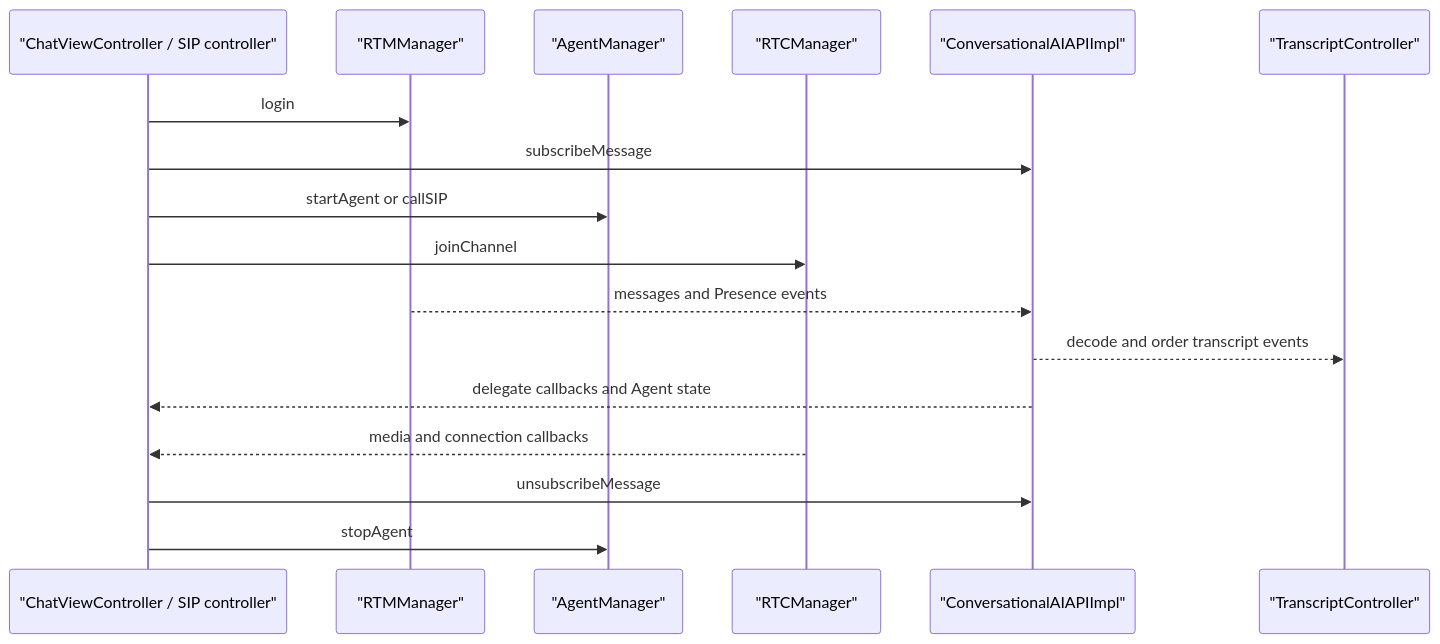
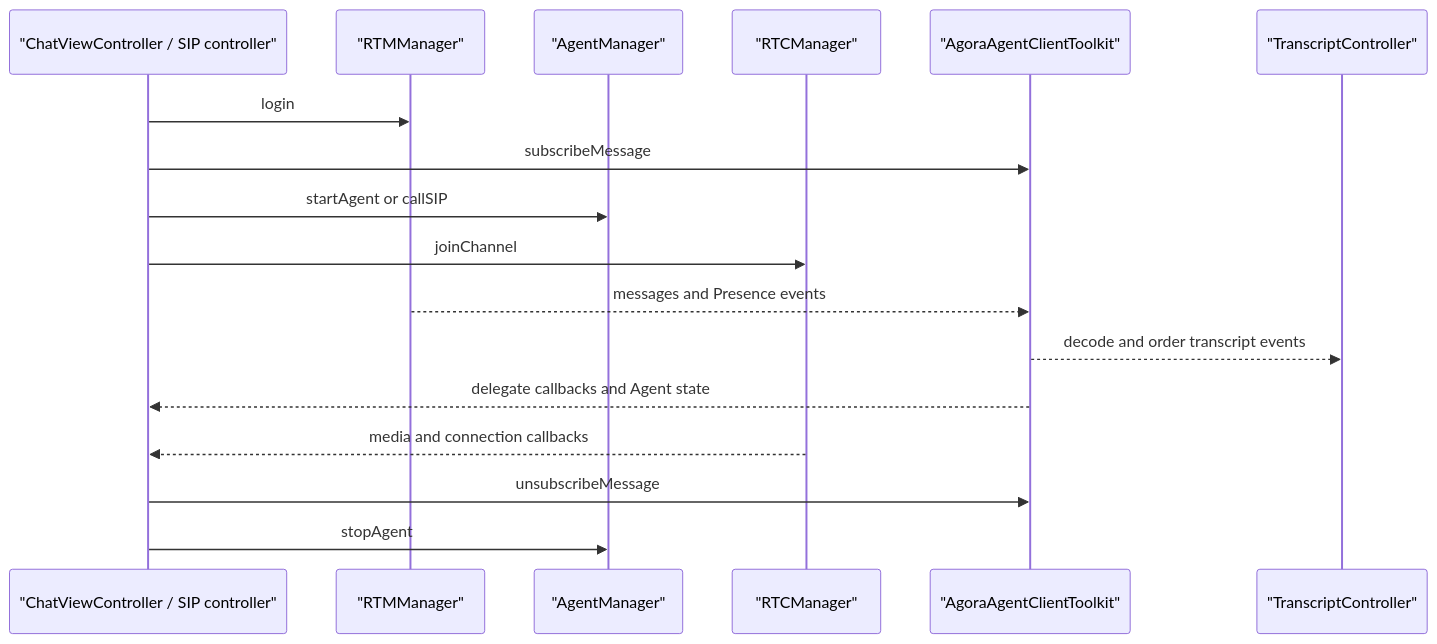
One commit to Shengwang-Community/Conversational-AI-Demo changed the fourth of 6 diagrams in iOS/ARCHITECTURE.md. Above: the diagram before and after it, drawn with Mermaid. The commit also changed other lines of this file and 32 other files, not shown here.

First line of the commit message:
refactor(ios): adopt agent client toolkit

````diff
--- a/iOS/ARCHITECTURE.md
+++ b/iOS/ARCHITECTURE.md
@@ -104,20 +108,20 @@
 ```mermaid
 sequenceDiagram
   participant UI as "ChatViewController / SIP controller"
   participant RTM as "RTMManager"
   participant REST as "AgentManager"
   participant RTC as "RTCManager"
-  participant API as "ConversationalAIAPIImpl"
+  participant API as "AgoraAgentClientToolkit"
   participant Transcript as "TranscriptController"
 
   UI->>RTM: login
   UI->>API: subscribeMessage
   UI->>REST: startAgent or callSIP
   UI->>RTC: joinChannel
   RTM-->>API: messages and Presence events
   API-->>Transcript: decode and order transcript events
   API-->>UI: delegate callbacks and Agent state
   RTC-->>UI: media and connection callbacks
   UI->>API: unsubscribeMessage
   UI->>REST: stopAgent
 ```
````
